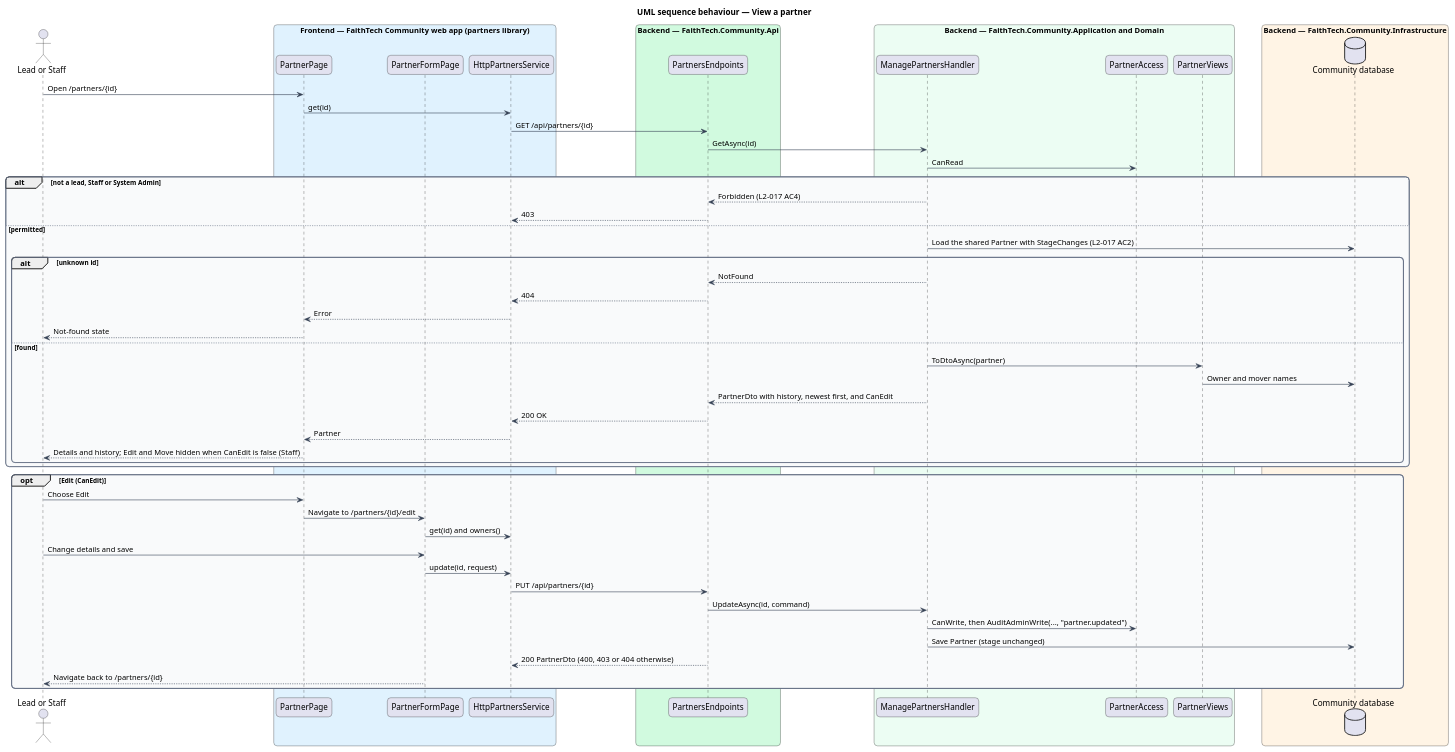
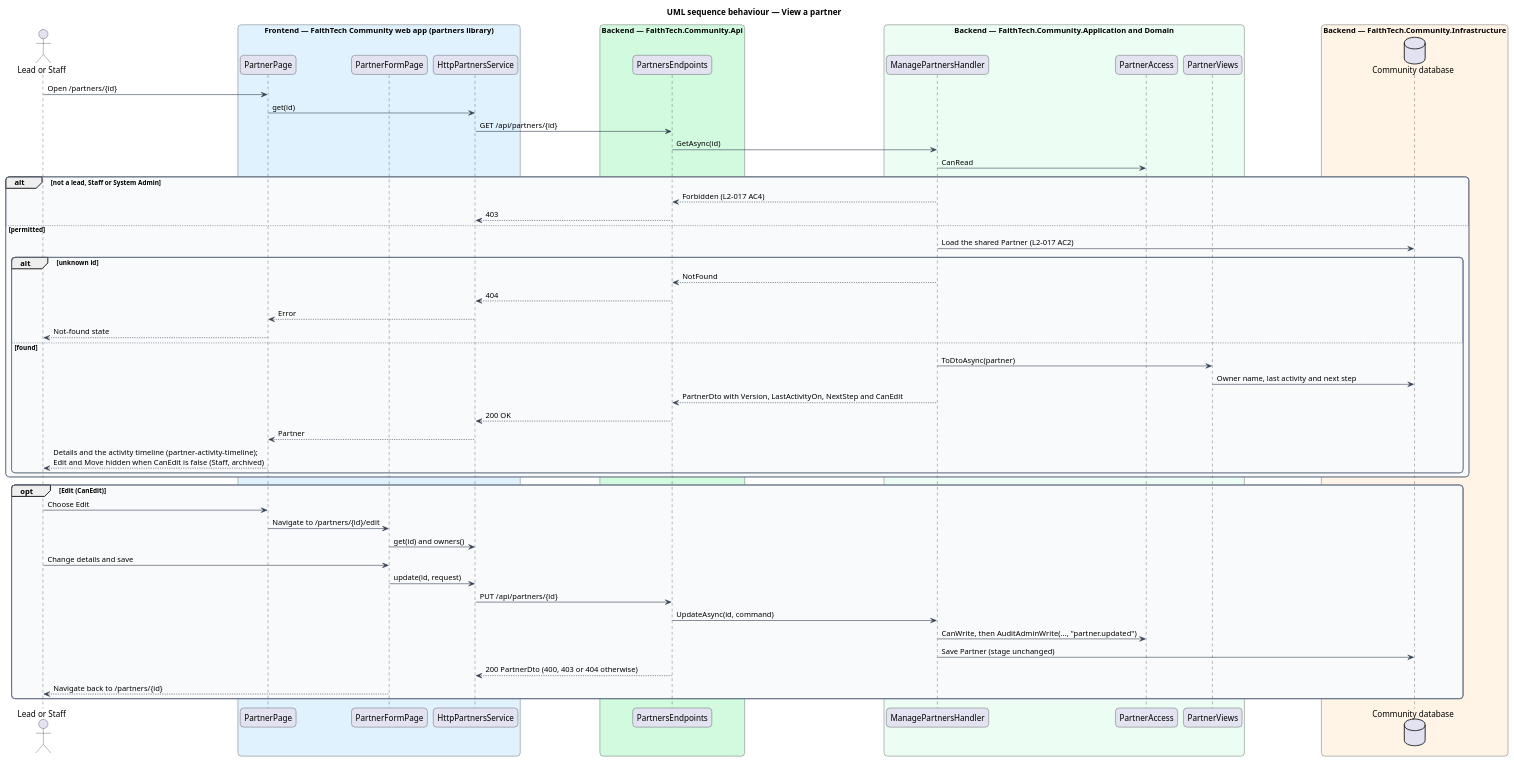
One commit to QuinntyneBrown/faithtech-community changed the diagram in docs/detailed-designs/partners/manage-partners/diagrams/sequence-view-partner.puml. Above: the diagram before and after it, drawn with PlantUML. The commit also changed 97 other files, not shown here.

First line of the commit message:
Design the partner timeline, duplicates and merge, contact duplicate, check-in and Reports

```diff
--- a/docs/detailed-designs/partners/manage-partners/diagrams/sequence-view-partner.puml
+++ b/docs/detailed-designs/partners/manage-partners/diagrams/sequence-view-partner.puml
@@ -1,71 +1,71 @@
 @startuml
 title UML sequence behaviour — View a partner
 skinparam backgroundColor #FFFFFF
 skinparam shadowing false
 skinparam roundcorner 12
 skinparam defaultFontName Arial
 skinparam ArrowColor #344054
 skinparam rectangle {
   BorderColor #344054
   FontColor #101828
 }
 skinparam package {
   BorderColor #667085
   FontColor #101828
   BackgroundColor #F9FAFB
 }
 actor "Lead or Staff" as actor
 box "Frontend — FaithTech Community web app (partners library)" #E0F2FE
   participant "PartnerPage" as page
   participant "PartnerFormPage" as form
   participant "HttpPartnersService" as svc
 end box
 box "Backend — FaithTech.Community.Api" #D1FADF
   participant "PartnersEndpoints" as ep
 end box
 box "Backend — FaithTech.Community.Application and Domain" #ECFDF3
   participant "ManagePartnersHandler" as h
   participant "PartnerAccess" as acc
   participant "PartnerViews" as views
 end box
 box "Backend — FaithTech.Community.Infrastructure" #FFF4E5
   database "Community database" as db
 end box
 actor -> page : Open /partners/{id}
 page -> svc : get(id)
 svc -> ep : GET /api/partners/{id}
 ep -> h : GetAsync(id)
 h -> acc : CanRead
 alt not a lead, Staff or System Admin
   h --> ep : Forbidden (L2-017 AC4)
   ep --> svc : 403
 else permitted
-  h -> db : Load the shared Partner with StageChanges (L2-017 AC2)
+  h -> db : Load the shared Partner (L2-017 AC2)
   alt unknown id
     h --> ep : NotFound
     ep --> svc : 404
     svc --> page : Error
     page --> actor : Not-found state
   else found
     h -> views : ToDtoAsync(partner)
-    views -> db : Owner and mover names
-    h --> ep : PartnerDto with history, newest first, and CanEdit
+    views -> db : Owner name, last activity and next step
+    h --> ep : PartnerDto with Version, LastActivityOn, NextStep and CanEdit
     ep --> svc : 200 OK
     svc --> page : Partner
-    page --> actor : Details and history; Edit and Move hidden when CanEdit is false (Staff)
+    page --> actor : Details and the activity timeline (partner-activity-timeline);\nEdit and Move hidden when CanEdit is false (Staff, archived)
   end
 end
 opt Edit (CanEdit)
   actor -> page : Choose Edit
   page -> form : Navigate to /partners/{id}/edit
   form -> svc : get(id) and owners()
   actor -> form : Change details and save
   form -> svc : update(id, request)
   svc -> ep : PUT /api/partners/{id}
   ep -> h : UpdateAsync(id, command)
   h -> acc : CanWrite, then AuditAdminWrite(..., "partner.updated")
   h -> db : Save Partner (stage unchanged)
   ep --> svc : 200 PartnerDto (400, 403 or 404 otherwise)
   form --> actor : Navigate back to /partners/{id}
 end
 @enduml
```
